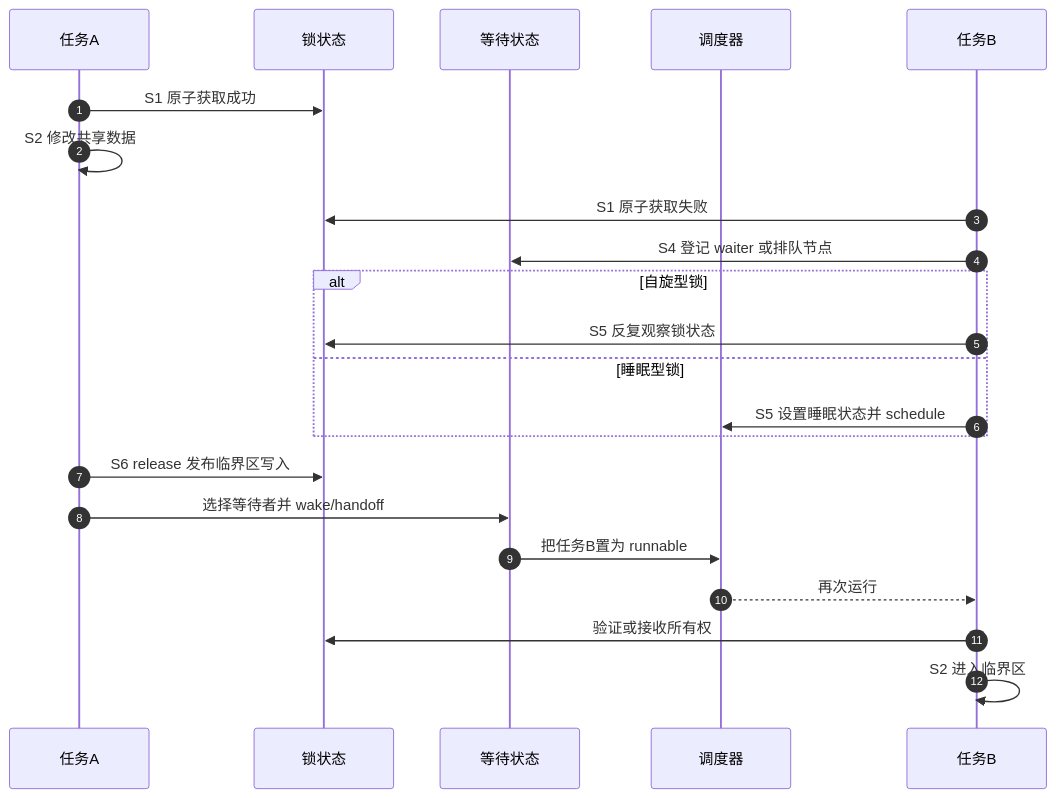
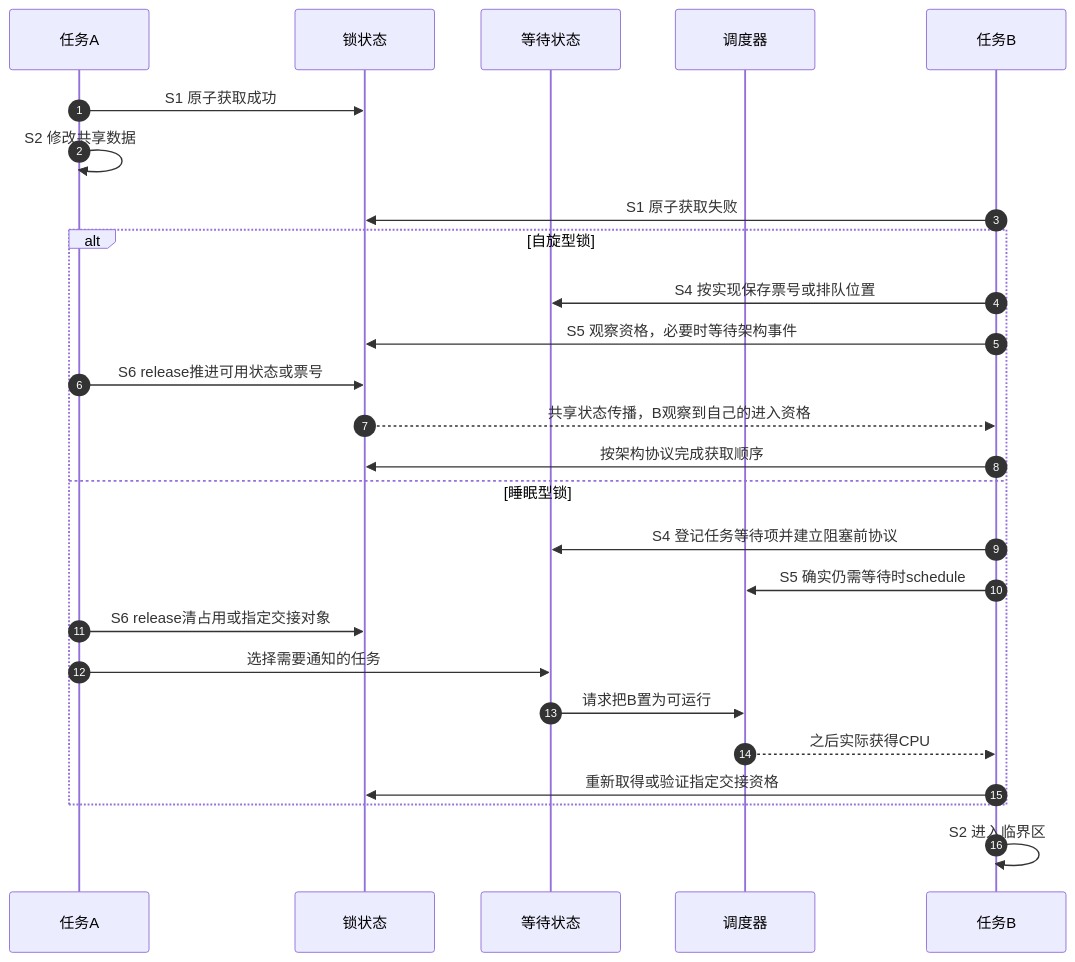
One commit to FormingSystem/linux_note changed the second of 2 diagrams in knowledge/linux/synchronization_and_asynchrony/synchronization/locks/P03_锁的统一状态与通信周期.md. Above: the diagram before and after it, drawn with Mermaid. The commit also changed other lines of this file and 5 other files, not shown here.

````diff
--- a/knowledge/linux/synchronization_and_asynchrony/synchronization/locks/P03_锁的统一状态与通信周期.md
+++ b/knowledge/linux/synchronization_and_asynchrony/synchronization/locks/P03_锁的统一状态与通信周期.md
@@ -67,25 +71,29 @@
 ```mermaid
 sequenceDiagram
     autonumber
     participant A as 任务A
     participant L as 锁状态
     participant Q as 等待状态
     participant S as 调度器
     participant B as 任务B
 
     A->>L: S1 原子获取成功
     A->>A: S2 修改共享数据
     B->>L: S1 原子获取失败
-    B->>Q: S4 登记 waiter 或排队节点
     alt 自旋型锁
-        B->>L: S5 反复观察锁状态
+        B->>Q: S4 按实现保存票号或排队位置
+        B->>L: S5 观察资格，必要时等待架构事件
+        A->>L: S6 release推进可用状态或票号
+        L-->>B: 共享状态传播，B观察到自己的进入资格
+        B->>L: 按架构协议完成获取顺序
     else 睡眠型锁
-        B->>S: S5 设置睡眠状态并 schedule
+        B->>Q: S4 登记任务等待项并建立阻塞前协议
+        B->>S: S5 确实仍需等待时schedule
+        A->>L: S6 release清占用或指定交接对象
+        A->>Q: 选择需要通知的任务
+        Q->>S: 请求把B置为可运行
+        S-->>B: 之后实际获得CPU
+        B->>L: 重新取得或验证指定交接资格
     end
-    A->>L: S6 release 发布临界区写入
-    A->>Q: 选择等待者并 wake/handoff
-    Q->>S: 把任务B置为 runnable
-    S-->>B: 再次运行
-    B->>L: 验证或接收所有权
     B->>B: S2 进入临界区
 ```
````
